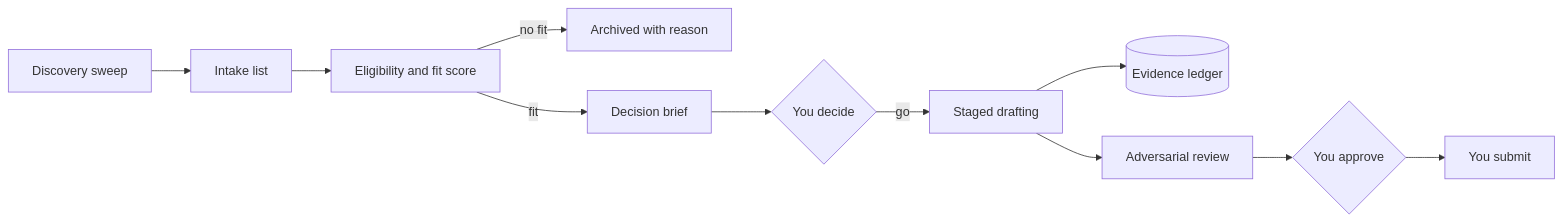
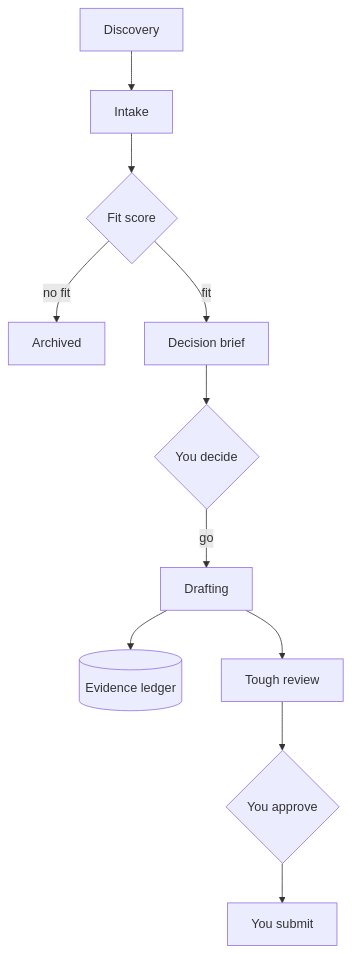
Before and after one commit to Mohanad1st/opportunity-studio-showcase: the diagram in README.md, drawn with Mermaid. The commit also changed other lines of this file and 2 other files, not shown here.

Commit message:
docs: align case study for ICAIRE and Coefficient Giving review
Calibrated claims and statuses, honest limits, corrected Arabic (AI-drafted: needs native review), phone-legible banner, top-to-bottom diagrams with text descriptions, descriptive alt text.

````diff
--- a/README.md
+++ b/README.md
@@ -23,13 +25,15 @@
 ```mermaid
-flowchart LR
-  A[Discovery sweep] --> B[Intake list]
-  B --> C[Eligibility and fit score]
-  C -- no fit --> Z[Archived with reason]
+flowchart TD
+  accTitle: How an opportunity moves through the studio
+  accDescr: A discovery sweep adds calls to an intake list, each is checked for eligibility and fit, poor fits are archived with a reason, good fits get a decision brief, a person decides, drafting is staged with an evidence ledger and a tough review, and a person approves and submits.
+  A[Discovery] --> B[Intake]
+  B --> C{Fit score}
+  C -- no fit --> Z[Archived]
   C -- fit --> D[Decision brief]
   D --> E{You decide}
-  E -- go --> F[Staged drafting]
+  E -- go --> F[Drafting]
   F --> G[(Evidence ledger)]
-  F --> H[Adversarial review]
+  F --> H[Tough review]
   H --> I{You approve}
   I --> J[You submit]
 ```
````
